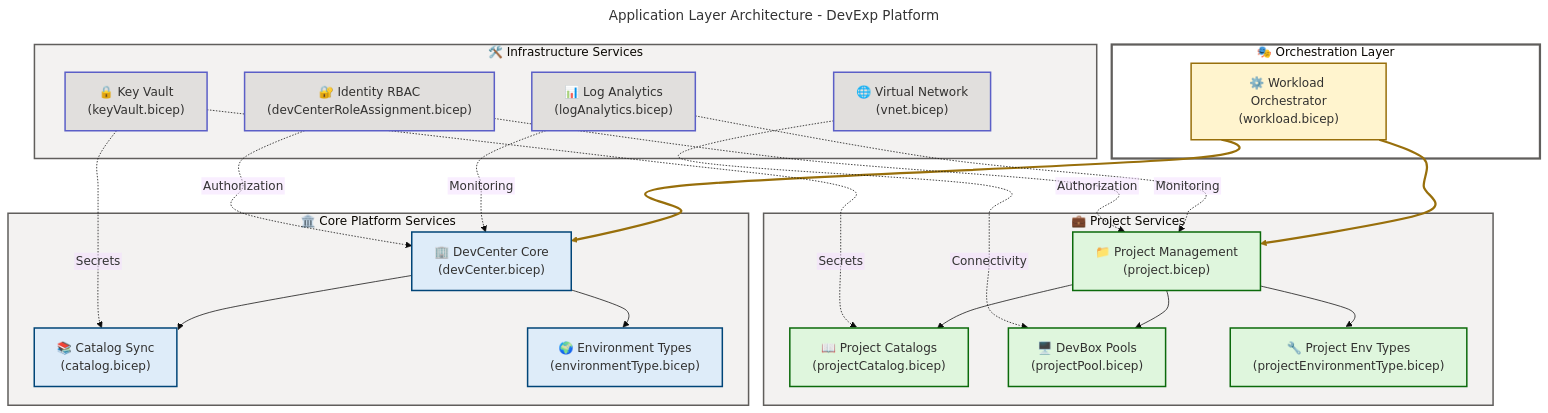
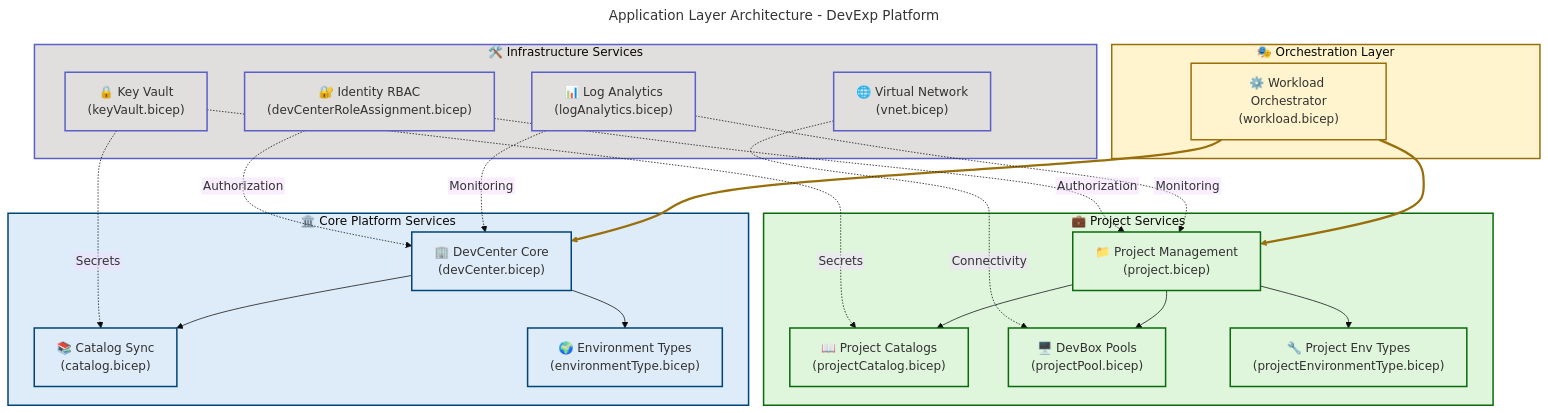
The first of 2 diagrams in docs/architecture/Application-Architecture.md (Evilazaro/DevExp-DevBox), drawn with Mermaid before and after one commit. The commit also changed other lines of this file and 2 other files, not shown here.

Commit message:
fix: update flowchart curve style to 'basis' for improved visual consistency across architecture documents

````diff
--- a/docs/architecture/Application-Architecture.md
+++ b/docs/architecture/Application-Architecture.md
@@ -105,7 +105,7 @@
     fontSize: '16px'
   flowchart:
     htmlLabels: false
-    curve: cardinal
+    curve: basis
     nodeSpacing: 50
     rankSpacing: 50
 ---
@@ -117,15 +117,16 @@
     %% AZURE / FLUENT ARCHITECTURE PATTERN v1.1
     %% (Semantic + Structural + Font + Accessibility Governance)
     %% ═══════════════════════════════════════════════════════════════════════════
-    %% PHASE 1 - STRUCTURAL: TB direction explicit, 3-tier architecture
+    %% PHASE 1 - STRUCTURAL: TB direction explicit, 4 functional sibling subgraphs
     %% PHASE 2 - SEMANTIC: 4 semantic colors with architectural justification:
     %%   sharedYellow (#FFF4CE) = orchestration tier (coordination/control)
     %%   azureBlue (#DEECF9) = core services (platform foundation)
     %%   successGreen (#DFF6DD) = project services (developer workload)
     %%   neutralPurple (#E1DFDD) = infrastructure services (cross-cutting)
+    %%   CRITICAL: Subgraph backgrounds MATCH content node colors (semantic siblings)
     %% PHASE 3 - FONT: Dark text #323130 on light backgrounds (WCAG AA 4.5:1 contrast)
     %% PHASE 4 - ACCESSIBILITY: accTitle/accDescr present, all nodes have emoji icons
-    %% PHASE 5 - STANDARD: Functional siblings use distinct semantic colors
+    %% PHASE 5 - STANDARD: Functional siblings use distinct semantic colors matching content
     %% ═══════════════════════════════════════════════════════════════════════════
 
     subgraph ORCHESTRATOR["🎭 Orchestration Layer"]
@@ -187,15 +188,16 @@
     classDef sharedYellow fill:#FFF4CE,stroke:#986F0B,stroke-width:2px,color:#323130
     classDef warningOrange fill:#FDE7E9,stroke:#8A3707,stroke-width:2px,color:#323130
     classDef neutralPurple fill:#E1DFDD,stroke:#5B5FC7,stroke-width:2px,color:#323130
-    classDef presenceTeal fill:#C8F0E7,stroke:#005B5B,stroke-width:2px,color:#323130
+    classDef presenceTeal fill:#C8F0E7,stroke:#00666B,stroke-width:2px,color:#323130
     classDef sharedPink fill:#F4D7E0,stroke:#AB5A87,stroke-width:2px,color:#323130
 
     linkStyle 0 stroke:#986F0B,stroke-width:3px
     linkStyle 1 stroke:#986F0B,stroke-width:3px
 
     %% Subgraph styling (4 subgraphs = 4 style directives) - MANDATORY per GATE-2
-    style ORCHESTRATOR fill:#FFFFFF,stroke:#605E5C,stroke-width:3px
-    style CORE fill:#F3F2F1,stroke:#605E5C,stroke-width:2px
-    style PROJECT fill:#F3F2F1,stroke:#605E5C,stroke-width:2px
-    style INFRA fill:#F3F2F1,stroke:#605E5C,stroke-width:2px
+    %% CRITICAL: Functional siblings MUST match content colors (semantic, not hierarchical)
+    style ORCHESTRATOR fill:#FFF4CE,stroke:#986F0B,stroke-width:2px
+    style CORE fill:#DEECF9,stroke:#004578,stroke-width:2px
+    style PROJECT fill:#DFF6DD,stroke:#0B6A0B,stroke-width:2px
+    style INFRA fill:#E1DFDD,stroke:#5B5FC7,stroke-width:2px
 ```
````
